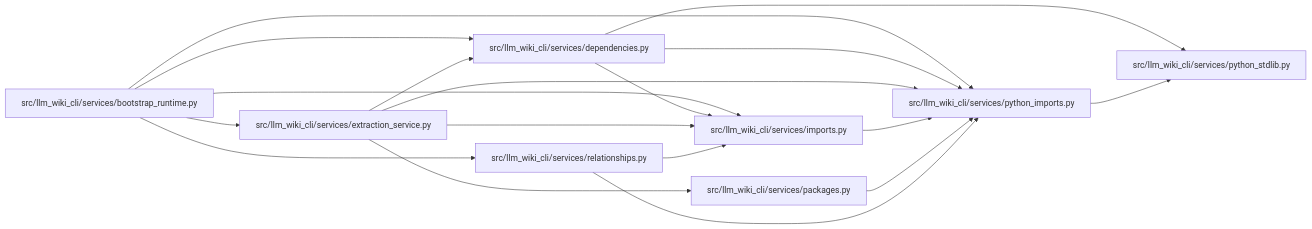
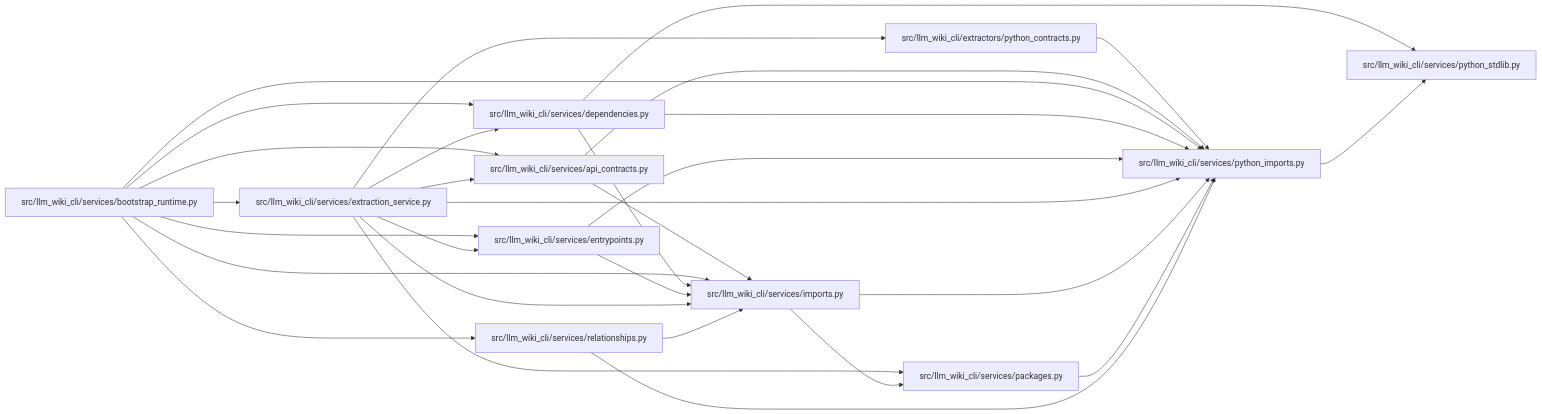
Before and after one commit to Denissvgn/python-wiki-llm: the diagram in docs/llm_wiki/modules/python_imports.md, drawn with Mermaid. The commit also changed other lines of this file and 631 other files, not shown here.

Commit message:
docs(wiki): refresh scoped imports and module binding boundaries

````diff
--- a/docs/llm_wiki/modules/python_imports.md
+++ b/docs/llm_wiki/modules/python_imports.md
@@ -25,36 +27,53 @@
 ```mermaid
 flowchart LR
-    n0["src/llm_wiki_cli/services/bootstrap_runtime.py"]
-    n1["src/llm_wiki_cli/services/dependencies.py"]
-    n2["src/llm_wiki_cli/services/extraction_service.py"]
-    n3["src/llm_wiki_cli/services/imports.py"]
-    n4["src/llm_wiki_cli/services/packages.py"]
-    n5["src/llm_wiki_cli/services/python_imports.py"]
-    n6["src/llm_wiki_cli/services/python_stdlib.py"]
-    n7["src/llm_wiki_cli/services/relationships.py"]
-    n0 --> n1
-    n0 --> n2
-    n0 --> n3
-    n0 --> n5
-    n0 --> n7
-    n1 --> n3
-    n1 --> n5
+    n0["src/llm_wiki_cli/extractors/python_contracts.py"]
+    n1["src/llm_wiki_cli/services/api_contracts.py"]
+    n2["src/llm_wiki_cli/services/bootstrap_runtime.py"]
+    n3["src/llm_wiki_cli/services/dependencies.py"]
+    n4["src/llm_wiki_cli/services/entrypoints.py"]
+    n5["src/llm_wiki_cli/services/extraction_service.py"]
+    n6["src/llm_wiki_cli/services/imports.py"]
+    n7["src/llm_wiki_cli/services/packages.py"]
+    n8["src/llm_wiki_cli/services/python_imports.py"]
+    n9["src/llm_wiki_cli/services/python_stdlib.py"]
+    n10["src/llm_wiki_cli/services/relationships.py"]
+    n0 --> n8
     n1 --> n6
+    n1 --> n8
     n2 --> n1
     n2 --> n3
     n2 --> n4
     n2 --> n5
-    n3 --> n5
-    n4 --> n5
+    n2 --> n6
+    n2 --> n8
+    n2 --> n10
+    n3 --> n6
+    n3 --> n8
+    n3 --> n9
+    n4 --> n6
+    n4 --> n8
+    n5 --> n0
+    n5 --> n1
+    n5 --> n3
+    n5 --> n4
     n5 --> n6
-    n7 --> n3
-    n7 --> n5
-    click n0 "../modules/bootstrap_runtime.md"
-    click n1 "../modules/services_dependencies.md"
-    click n2 "../modules/extraction_service.md"
-    click n3 "../modules/imports.md"
-    click n4 "../modules/packages.md"
-    click n5 "../modules/python_imports.md"
-    click n6 "../modules/python_stdlib.md"
-    click n7 "../modules/relationships.md"
+    n5 --> n7
+    n5 --> n8
+    n6 --> n7
+    n6 --> n8
+    n7 --> n8
+    n8 --> n9
+    n10 --> n6
+    n10 --> n8
+    click n0 "../modules/python_contracts.md"
+    click n1 "../modules/api_contracts.md"
+    click n2 "../modules/bootstrap_runtime.md"
+    click n3 "../modules/services_dependencies.md"
+    click n4 "../modules/entrypoints.md"
+    click n5 "../modules/extraction_service.md"
+    click n6 "../modules/imports.md"
+    click n7 "../modules/packages.md"
+    click n8 "../modules/python_imports.md"
+    click n9 "../modules/python_stdlib.md"
+    click n10 "../modules/relationships.md"
 ```
````
